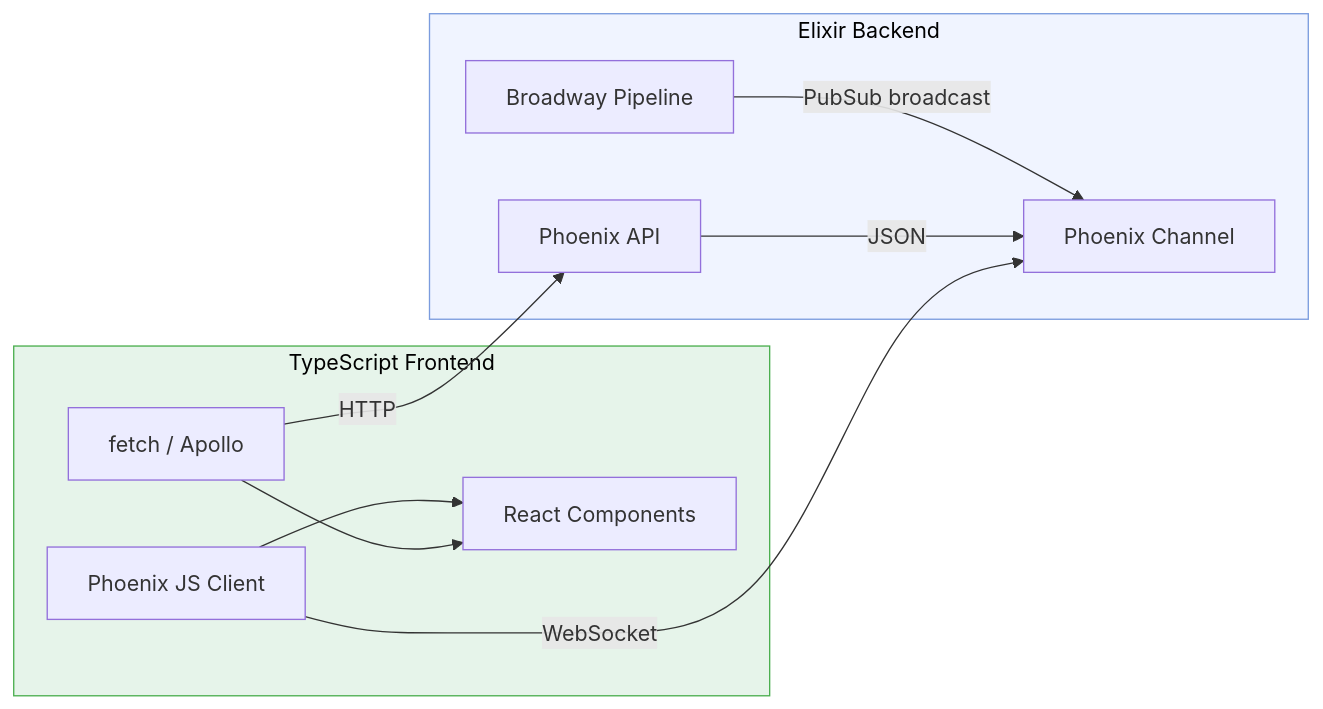
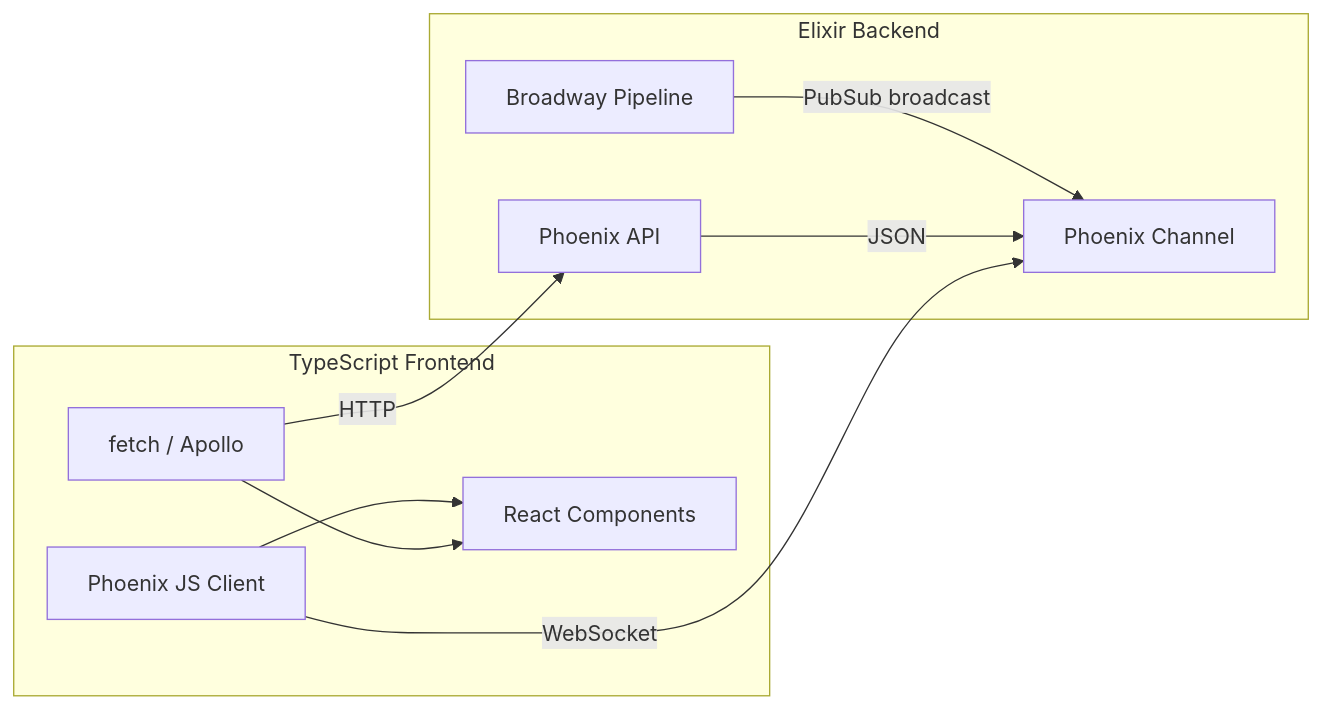
Diagram 13 of 24 in docs/notes/genstage-broadway-ai.md (bchassoul/notes), drawn with Mermaid before and after one commit. The commit also changed other lines of this file and 9 other files, not shown here.

Commit message:
Add diagrams and visual improvements across all notes

````diff
--- a/docs/notes/genstage-broadway-ai.md
+++ b/docs/notes/genstage-broadway-ai.md
@@ -1251,17 +1240,15 @@
 ```mermaid
 flowchart LR
     subgraph Elixir["Elixir Backend"]
         BW["Broadway Pipeline"] -->|"PubSub broadcast"| CH["Phoenix Channel"]
         API["Phoenix API"] -->|"JSON"| CH
     end
 
     subgraph TS["TypeScript Frontend"]
         SOCKET["Phoenix JS Client"] -->|"WebSocket"| CH
         REST["fetch / Apollo"] -->|"HTTP"| API
         SOCKET --> REACT["React Components"]
         REST --> REACT
     end
 
-    style Elixir fill:#f0f4ff,stroke:#7b9cde,color:#000
-    style TS fill:#e6f4ea,stroke:#4caf50,color:#000
 ```
````
